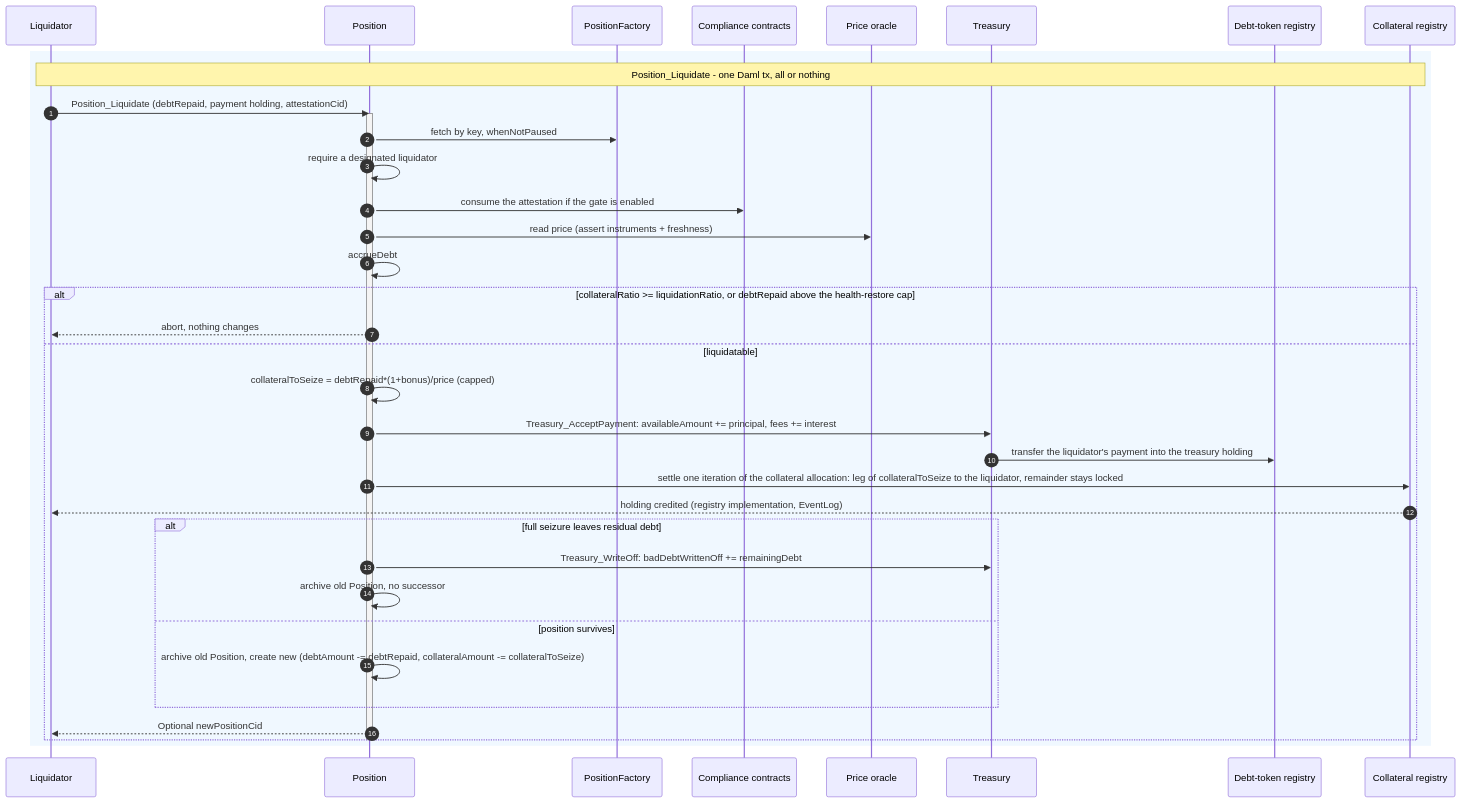
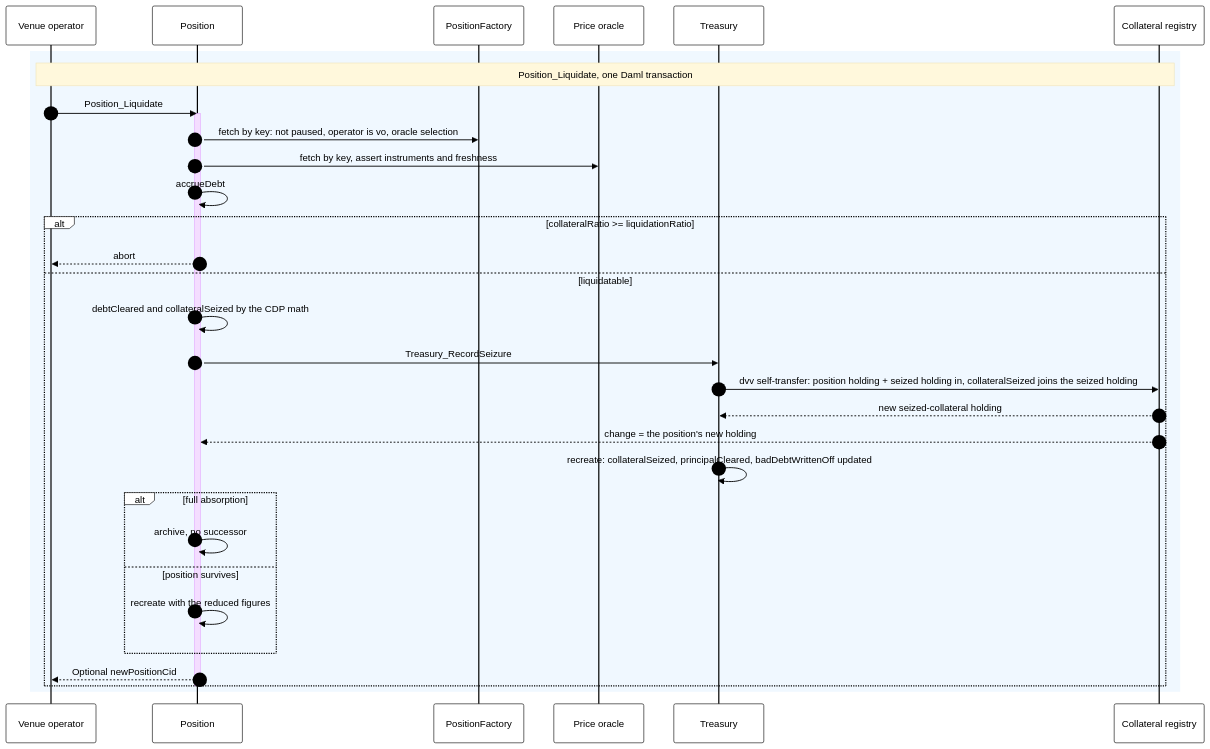
The seventh of 7 diagrams in docs/reference-architectures/lending.md (OpenZeppelin/canton-specs), drawn with Mermaid before and after one commit. The commit also changed other lines of this file, not shown here.

````diff
--- a/docs/reference-architectures/lending.md
+++ b/docs/reference-architectures/lending.md
@@ -471,40 +348,37 @@
 ```mermaid
+%%{init: {'theme': 'base', 'themeVariables': {'actorBkg': '#ffffff', 'actorBorder': '#000000', 'actorTextColor': '#000000', 'signalColor': '#000000', 'signalTextColor': '#000000', 'noteBkgColor': '#fff8dc', 'noteTextColor': '#000000', 'labelBoxBkgColor': '#ffffff', 'labelBoxBorderColor': '#000000', 'labelTextColor': '#000000', 'loopTextColor': '#000000', 'sequenceNumberColor': '#000000', 'altBorderColor': '#000000', 'textColor': '#000000'}}}%%
 sequenceDiagram
     autonumber
-    participant L as Liquidator
+    participant V as Venue operator
     participant P as Position
     participant F as PositionFactory
-    participant C as Compliance contracts
     participant O as Price oracle
     participant T as Treasury
-    participant RD as Debt-token registry
     participant RC as Collateral registry
 
     rect rgb(240, 248, 255)
-    Note over L, RC: Position_Liquidate - one Daml tx, all or nothing
-    L->>P: Position_Liquidate (debtRepaid, payment holding, attestationCid)
+    Note over V, RC: Position_Liquidate, one Daml transaction
+    V->>P: Position_Liquidate
     activate P
-    P->>F: fetch by key, whenNotPaused
-    P->>P: require a designated liquidator
-    P->>C: consume the attestation if the gate is enabled
-    P->>O: read price (assert instruments + freshness)
+    P->>F: fetch by key: not paused, operator is vo, oracle selection
+    P->>O: fetch by key, assert instruments and freshness
     P->>P: accrueDebt
-    alt collateralRatio >= liquidationRatio, or debtRepaid above the health-restore cap
-        P-->>L: abort, nothing changes
+    alt collateralRatio >= liquidationRatio
+        P-->>V: abort
     else liquidatable
-        P->>P: collateralToSeize = debtRepaid*(1+bonus)/price (capped)
-        P->>T: Treasury_AcceptPayment: availableAmount += principal, fees += interest
-        T->>RD: transfer the liquidator's payment into the treasury holding
-        P->>RC: settle one iteration of the collateral allocation: leg of collateralToSeize to the liquidator, remainder stays locked
-        RC-->>L: holding credited (registry implementation, EventLog)
-        alt full seizure leaves residual debt
-            P->>T: Treasury_WriteOff: badDebtWrittenOff += remainingDebt
-            P->>P: archive old Position, no successor
+        P->>P: debtCleared and collateralSeized by the CDP math
+        P->>T: Treasury_RecordSeizure
+        T->>RC: dvv self-transfer: position holding + seized holding in, collateralSeized joins the seized holding
+        RC-->>T: new seized-collateral holding
+        RC-->>P: change = the position's new holding
+        T->>T: recreate: collateralSeized, principalCleared, badDebtWrittenOff updated
+        alt full absorption
+            P->>P: archive, no successor
         else position survives
-            P->>P: archive old Position, create new (debtAmount -= debtRepaid, collateralAmount -= collateralToSeize)
+            P->>P: recreate with the reduced figures
         end
-        P-->>L: Optional newPositionCid
+        P-->>V: Optional newPositionCid
     end
     deactivate P
     end
 ```
````
